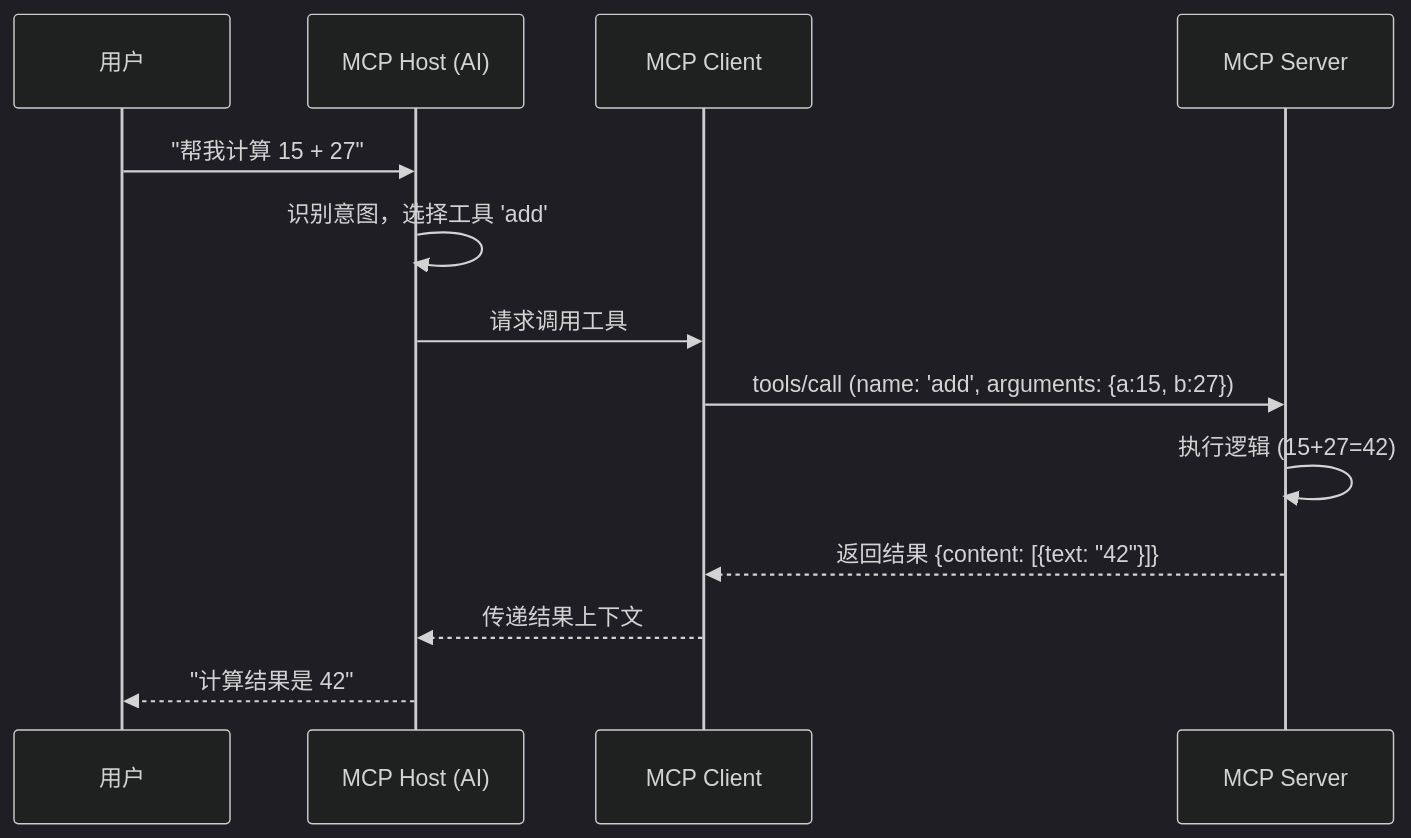
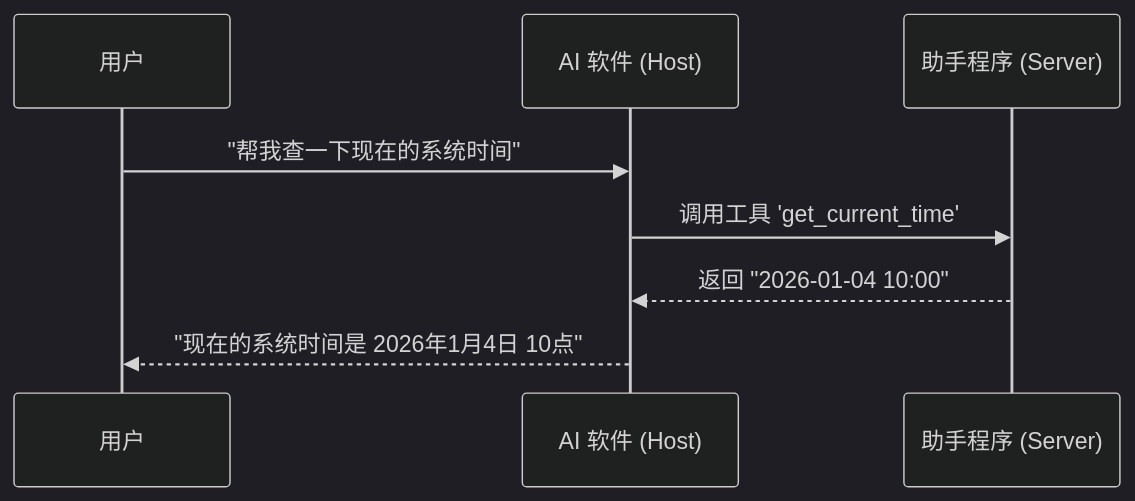
The diagram in examples/mcp-lab/README.md (zenHeart/learn-ai), drawn with Mermaid (dark theme) before and after one commit. The commit also changed other lines of this file, not shown here.

Commit message:
docs: cognitive-friendly rewrite for MCP beginners

````diff
--- a/examples/mcp-lab/README.md
+++ b/examples/mcp-lab/README.md
@@ -63,16 +47,11 @@
 ```mermaid
 sequenceDiagram
     participant U as 用户
-    participant H as MCP Host (AI)
-    participant C as MCP Client
-    participant S as MCP Server
+    participant H as AI 软件 (Host)
+    participant S as 助手程序 (Server)
     
-    U->>H: "帮我计算 15 + 27"
-    H->>H: 识别意图，选择工具 'add'
-    H->>C: 请求调用工具
-    C->>S: tools/call (name: 'add', arguments: {a:15, b:27})
-    S->>S: 执行逻辑 (15+27=42)
-    S-->>C: 返回结果 {content: [{text: "42"}]}
-    C-->>H: 传递结果上下文
-    H-->>U: "计算结果是 42"
+    U->>H: "帮我查一下现在的系统时间"
+    H->>S: 调用工具 'get_current_time'
+    S-->>H: 返回 "2026-01-04 10:00"
+    H-->>U: "现在的系统时间是 2026年1月4日 10点"
 ```
````
